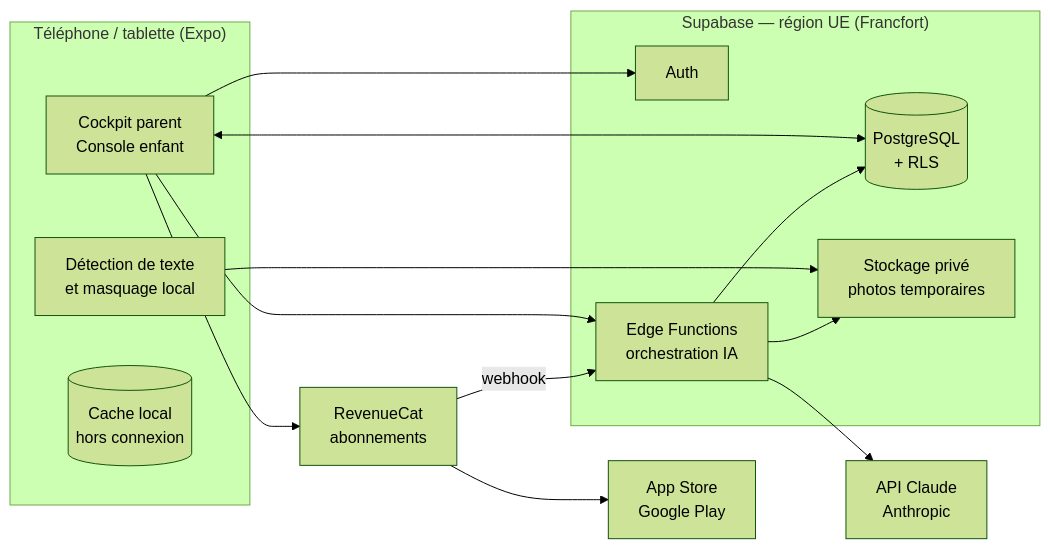
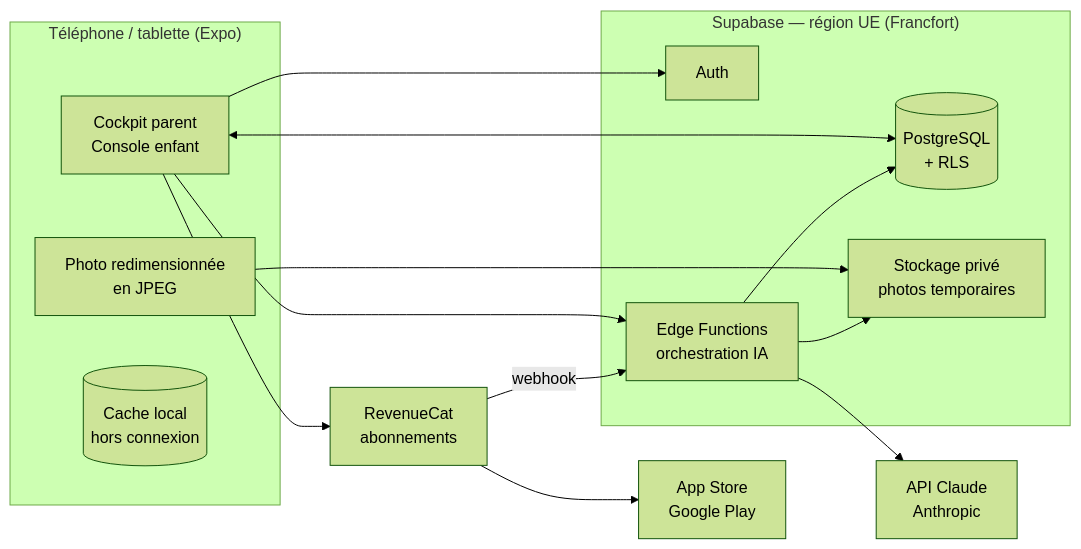
The first of 3 diagrams in docs/architecture.md (ClaudioD84/C-te-C-te), drawn with Mermaid (forest theme) before and after one commit. The commit also changed other lines of this file and 35 other files, not shown here.

````diff
--- a/docs/architecture.md
+++ b/docs/architecture.md
@@ -17,30 +17,30 @@
 ```mermaid
 flowchart LR
     subgraph Appareil["Téléphone / tablette (Expo)"]
         UI[Cockpit parent<br/>Console enfant]
-        OCR[Détection de texte<br/>et masquage local]
+        CAM[Photo redimensionnée<br/>en JPEG]
         DB[(Cache local<br/>hors connexion)]
     end
 
     subgraph Supabase["Supabase — région UE (Francfort)"]
         AUTH[Auth]
         PG[(PostgreSQL<br/>+ RLS)]
         ST[Stockage privé<br/>photos temporaires]
         EF[Edge Functions<br/>orchestration IA]
     end
 
     RC[RevenueCat<br/>abonnements]
     AI[API Claude<br/>Anthropic]
     STORES[App Store<br/>Google Play]
 
     UI --> AUTH
     UI <--> PG
-    OCR --> ST
+    CAM --> ST
     UI --> EF
     EF --> ST
     EF --> AI
     EF --> PG
     UI --> RC
     RC --> STORES
     RC -- webhook --> EF
 ```
````
